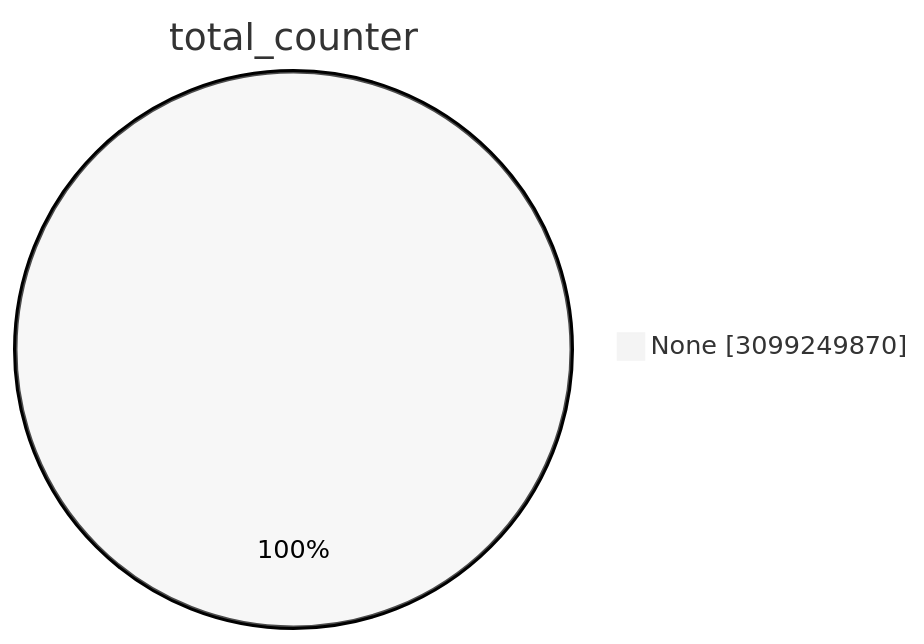
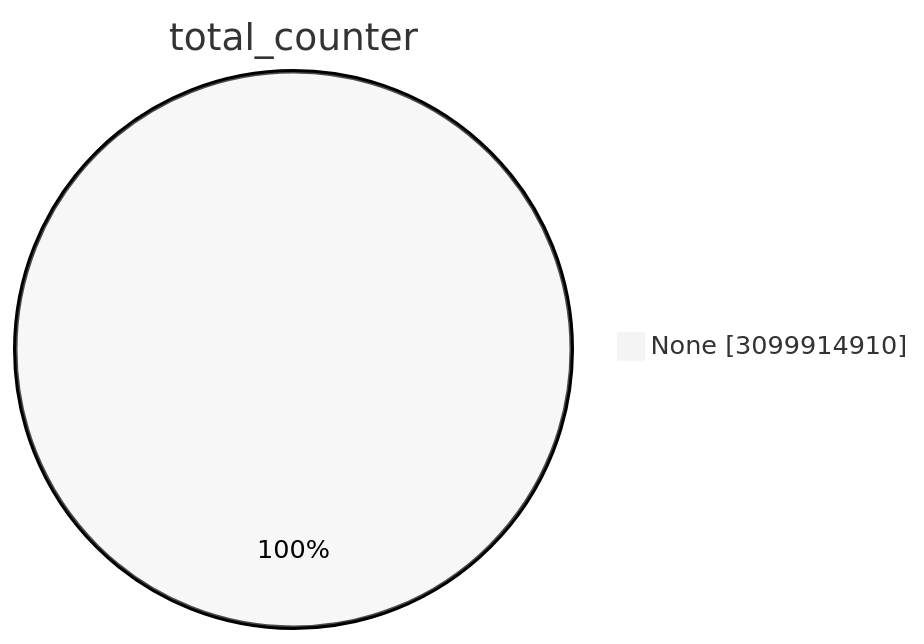
The first of 15 diagrams in TOTAL/README.md (christiankrug/ctmonitor_visualization), drawn with Mermaid (neutral theme) before and after one commit. The commit also changed other lines of this file, not shown here.

````diff
--- a/TOTAL/README.md
+++ b/TOTAL/README.md
@@ -1,5 +1,5 @@
 ```mermaid
 pie showData
 title total_counter
-"None" :3099249870
+"None" :3099914910
 ```
````
